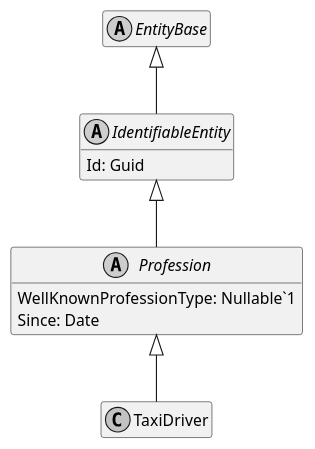
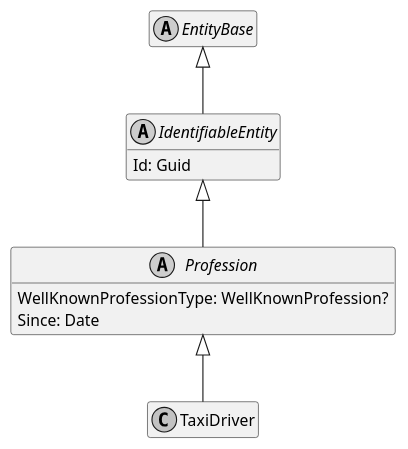
Before and after one commit to ObiWanLansi/DoofesZeug: the diagram in Documentation/Generated/Models/DoofesZeug.Models.Specieses.Human.Professions/TaxiDriver.puml, drawn with PlantUML. The commit also changed 53 other files, not shown here.

```diff
--- a/Documentation/Generated/Models/DoofesZeug.Models.Specieses.Human.Professions/TaxiDriver.puml
+++ b/Documentation/Generated/Models/DoofesZeug.Models.Specieses.Human.Professions/TaxiDriver.puml
@@ -1,26 +1,26 @@
 @startuml
 skinparam monochrome true
 hide empty members
 
 abstract class EntityBase {
 }
 
 EntityBase <|-- IdentifiableEntity
 
 abstract class IdentifiableEntity {
     Id: Guid
 }
 
 IdentifiableEntity <|-- Profession
 
 abstract class Profession {
-    WellKnownProfessionType: Nullable`1
+    WellKnownProfessionType: WellKnownProfession?
     Since: Date
 }
 
 Profession <|-- TaxiDriver
 
 class TaxiDriver {
 }
 
 @enduml
```
